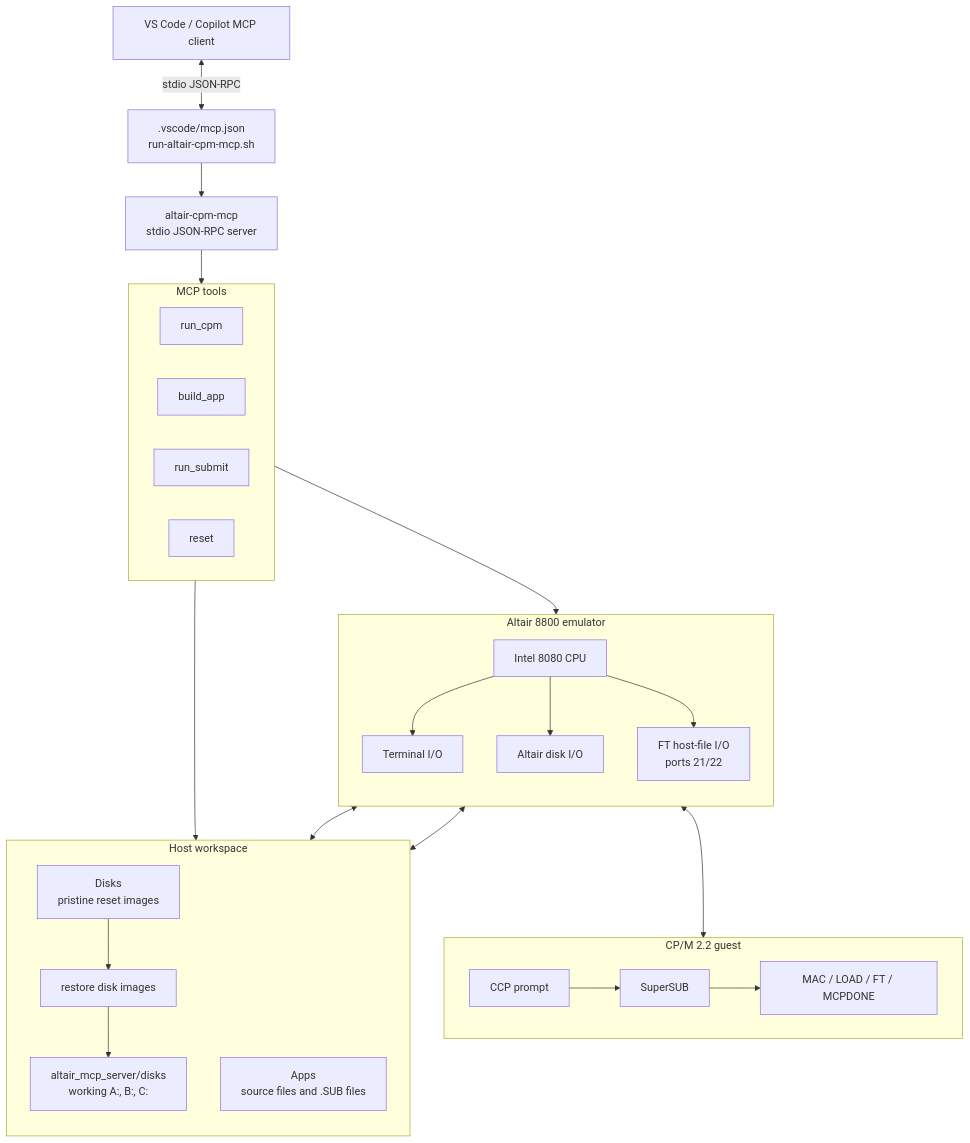
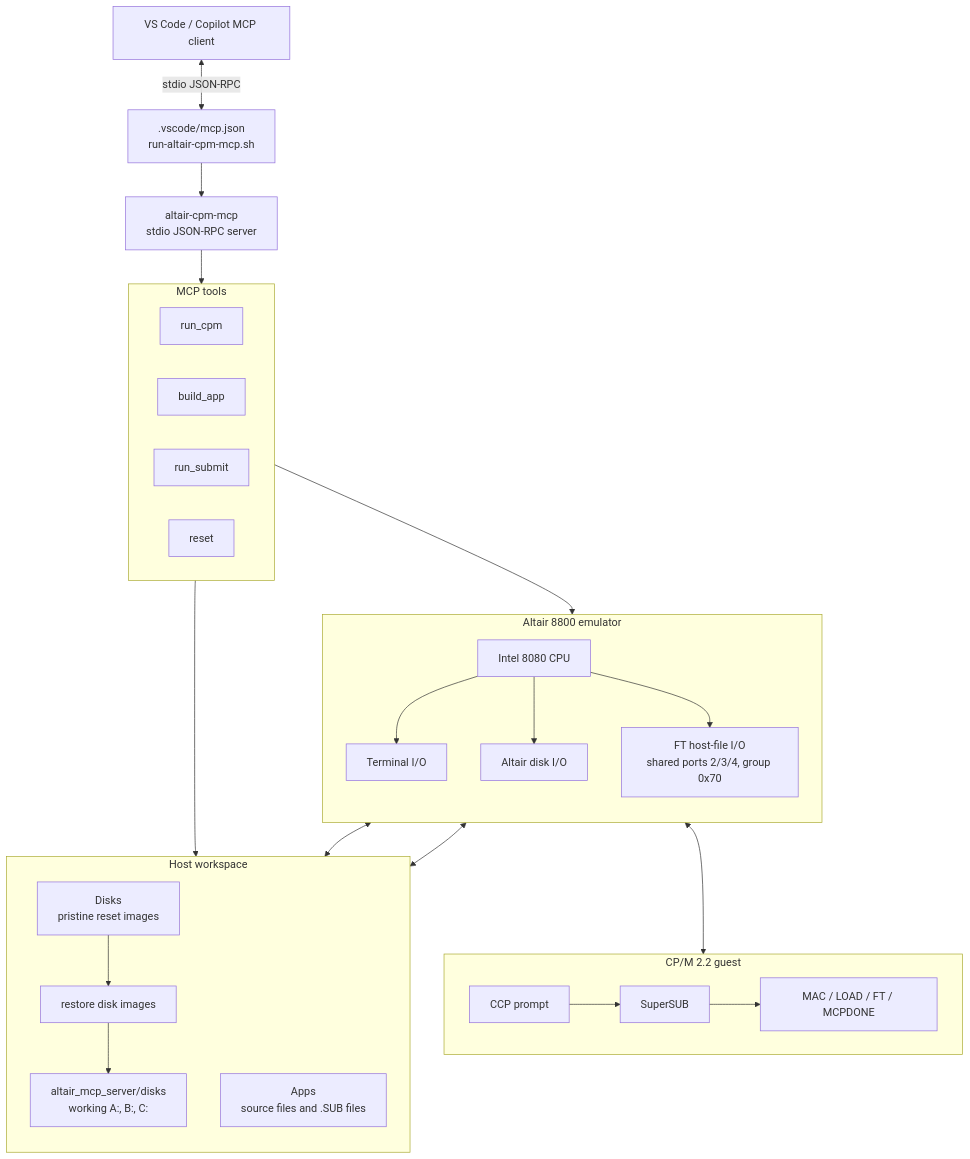
Before and after one commit to gloveboxes/Altair-8800-AI-Edition: the diagram in altair_mcp_server/README.md, drawn with Mermaid. The commit also changed other lines of this file and 37 other files, not shown here.

First line of the commit message:
Move FT to shared service ports across ESP32, Local and Docker

````diff
--- a/altair_mcp_server/README.md
+++ b/altair_mcp_server/README.md
@@ -16,56 +16,56 @@
 ```mermaid
 flowchart TB
     client["VS Code / Copilot MCP client"]
     launcher[".vscode/mcp.json<br/>run-altair-cpm-mcp.sh"]
     server["altair-cpm-mcp<br/>stdio JSON-RPC server"]
 
     subgraph tools["MCP tools"]
         direction LR
         run_cpm["run_cpm"]
         build_app["build_app"]
         run_submit["run_submit"]
         reset["reset"]
     end
 
     subgraph emu["Altair 8800 emulator"]
         direction TB
         cpu["Intel 8080 CPU"]
         term["Terminal I/O"]
         diskio["Altair disk I/O"]
-        ftio["FT host-file I/O<br/>ports 21/22"]
+        ftio["FT host-file I/O<br/>shared ports 2/3/4, group 0x70"]
     end
 
     subgraph cpm["CP/M 2.2 guest"]
         direction LR
         shell["CCP prompt"]
         supersub["SuperSUB"]
         bdsc["MAC / LOAD / FT / MCPDONE"]
     end
 
     subgraph host["Host workspace"]
         direction TB
         restore["restore disk images"]
         workdisks["altair_mcp_server/disks<br/>working A:, B:, C:"]
         pristine["Disks<br/>pristine reset images"]
         apps["Apps<br/>source files and .SUB files"]
     end
 
     client <-->|stdio JSON-RPC| launcher
     launcher --> server
     server --> tools
     tools --> cpu
     cpu --> term
     term <--> shell
     shell --> supersub
     supersub --> bdsc
 
     cpu --> diskio
     diskio <--> workdisks
 
     cpu --> ftio
     ftio <--> apps
 
     reset --> restore
     pristine --> restore
     restore --> workdisks
 ```
````
